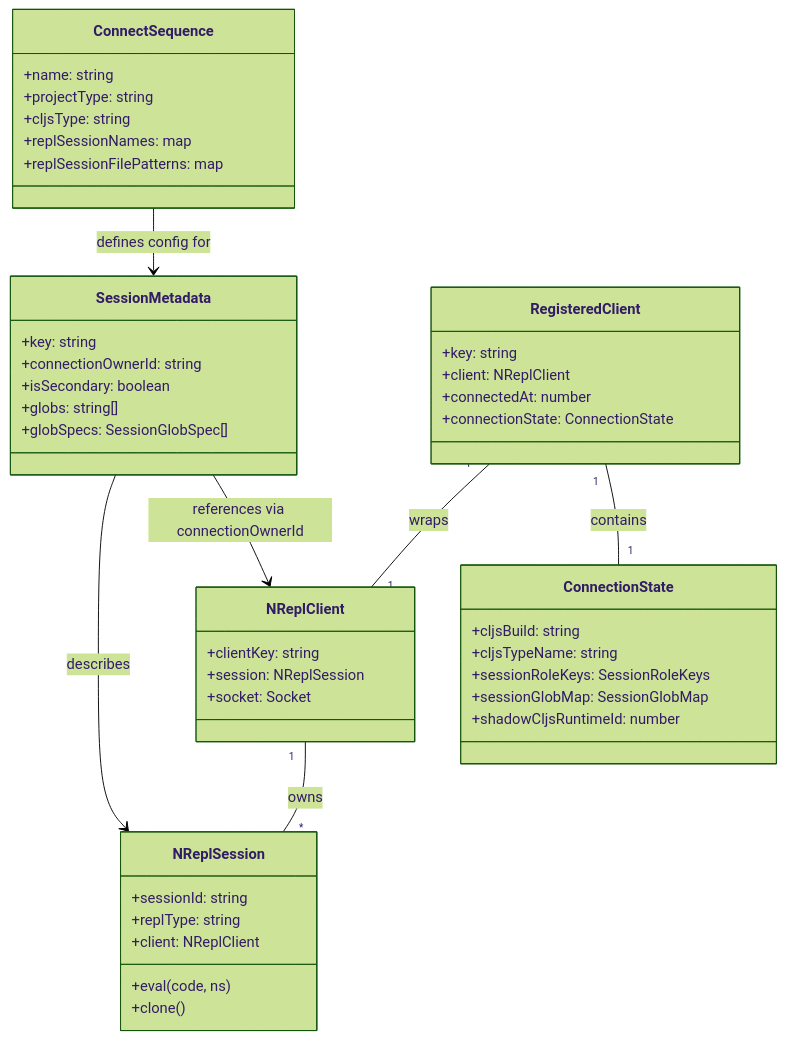
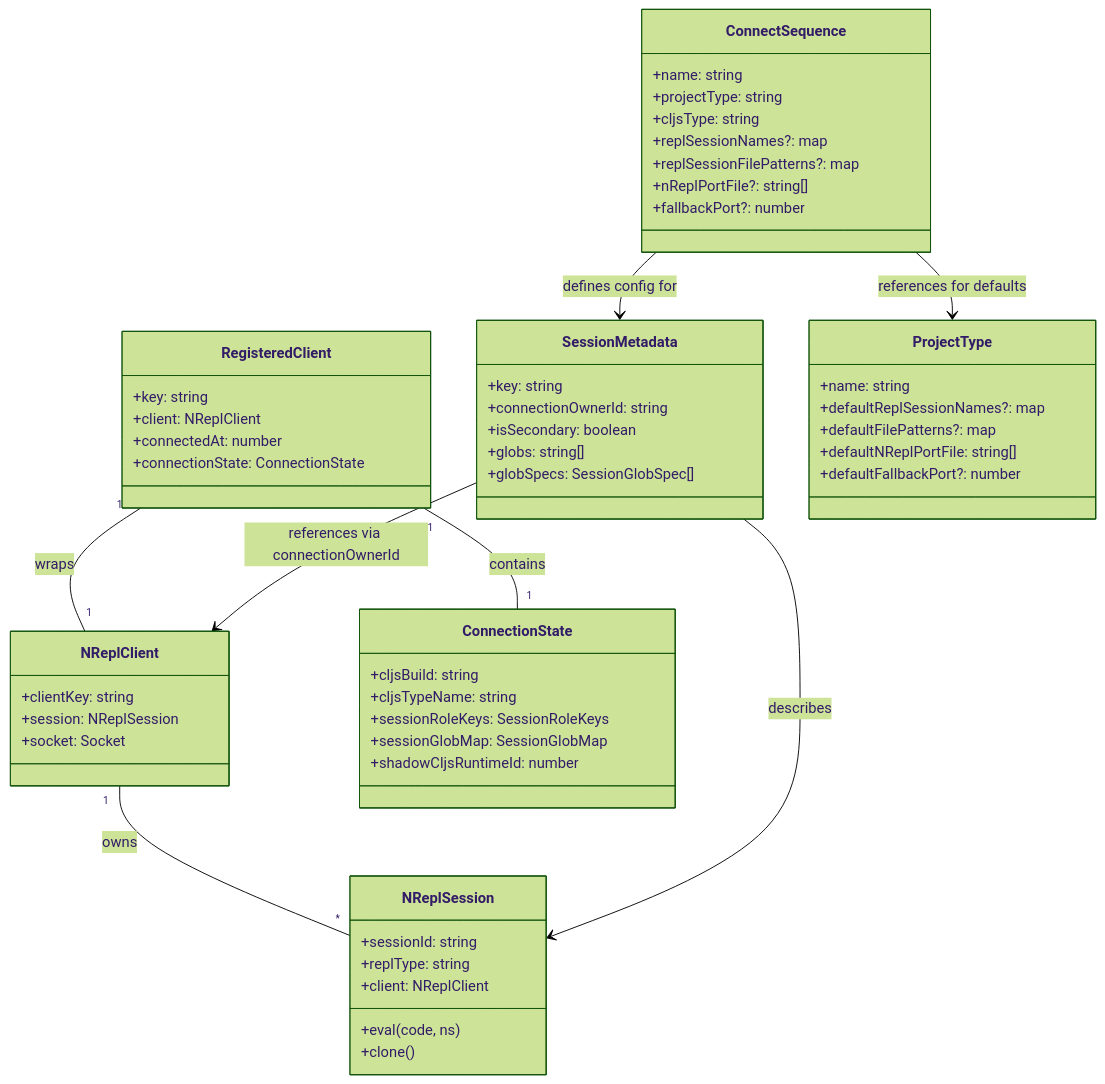
One commit to BetterThanTomorrow/calva changed the second of 7 diagrams in dev/docs/multi-session-architecture.md. Above: the diagram before and after it, drawn with Mermaid (forest theme). The commit also changed other lines of this file, not shown here.

Commit message:
Update architecture doc to reflect cleanup of built-in sequence and project-types responsibilities

````diff
--- a/dev/docs/multi-session-architecture.md
+++ b/dev/docs/multi-session-architecture.md
@@ -789,49 +812,59 @@
 ```mermaid
 classDiagram
     class NReplClient {
         +clientKey: string
         +session: NReplSession
         +socket: Socket
     }
     class NReplSession {
         +sessionId: string
         +replType: string
         +client: NReplClient
         +eval(code, ns)
         +clone()
     }
     class SessionMetadata {
         +key: string
         +connectionOwnerId: string
         +isSecondary: boolean
         +globs: string[]
         +globSpecs: SessionGlobSpec[]
     }
     class RegisteredClient {
         +key: string
         +client: NReplClient
         +connectedAt: number
         +connectionState: ConnectionState
     }
     class ConnectionState {
         +cljsBuild: string
         +cljsTypeName: string
         +sessionRoleKeys: SessionRoleKeys
         +sessionGlobMap: SessionGlobMap
         +shadowCljsRuntimeId: number
     }
     class ConnectSequence {
         +name: string
         +projectType: string
         +cljsType: string
-        +replSessionNames: map
-        +replSessionFilePatterns: map
+        +replSessionNames?: map
+        +replSessionFilePatterns?: map
+        +nReplPortFile?: string[]
+        +fallbackPort?: number
+    }
+    class ProjectType {
+        +name: string
+        +defaultReplSessionNames?: map
+        +defaultFilePatterns?: map
+        +defaultNReplPortFile: string[]
+        +defaultFallbackPort?: number
     }
 
     NReplClient "1" -- "*" NReplSession : owns
     RegisteredClient "1" -- "1" NReplClient : wraps
     RegisteredClient "1" -- "1" ConnectionState : contains
     SessionMetadata --> NReplSession : describes
     SessionMetadata --> NReplClient : references via connectionOwnerId
+    ConnectSequence --> ProjectType : references for defaults
     ConnectSequence --> SessionMetadata : defines config for
 ```
````
